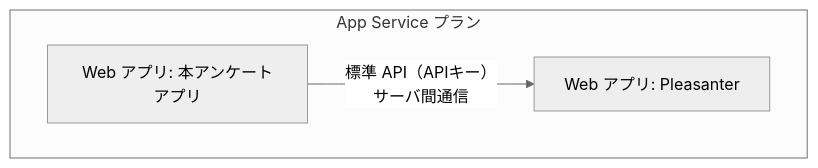
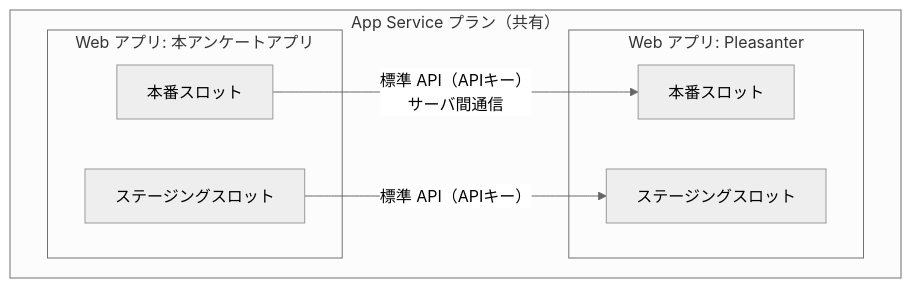
The second of 2 diagrams in _documents/アーキテクチャ方針.md (vehiclevisionjp/VehicleVision.PleasanterTools.Questionnaire), drawn with Mermaid (neutral theme) before and after one commit. The commit also changed other lines of this file, not shown here.

````diff
--- a/_documents/アーキテクチャ方針.md
+++ b/_documents/アーキテクチャ方針.md
@@ -197,8 +216,15 @@
 ```mermaid
 flowchart TB
-    subgraph PLAN["App Service プラン"]
-        A["Web アプリ: Pleasanter"]
-        B["Web アプリ: 本アンケートアプリ"]
+    subgraph PLAN["App Service プラン（共有）"]
+        subgraph A["Web アプリ: Pleasanter"]
+            A1["本番スロット"]
+            A2["ステージングスロット"]
+        end
+        subgraph B["Web アプリ: 本アンケートアプリ"]
+            B1["本番スロット"]
+            B2["ステージングスロット"]
+        end
     end
-    B -->|"標準 API（APIキー）<br/>サーバ間通信"| A
+    B1 -->|"標準 API（APIキー）<br/>サーバ間通信"| A1
+    B2 -->|"標準 API（APIキー）"| A2
 ```
````
